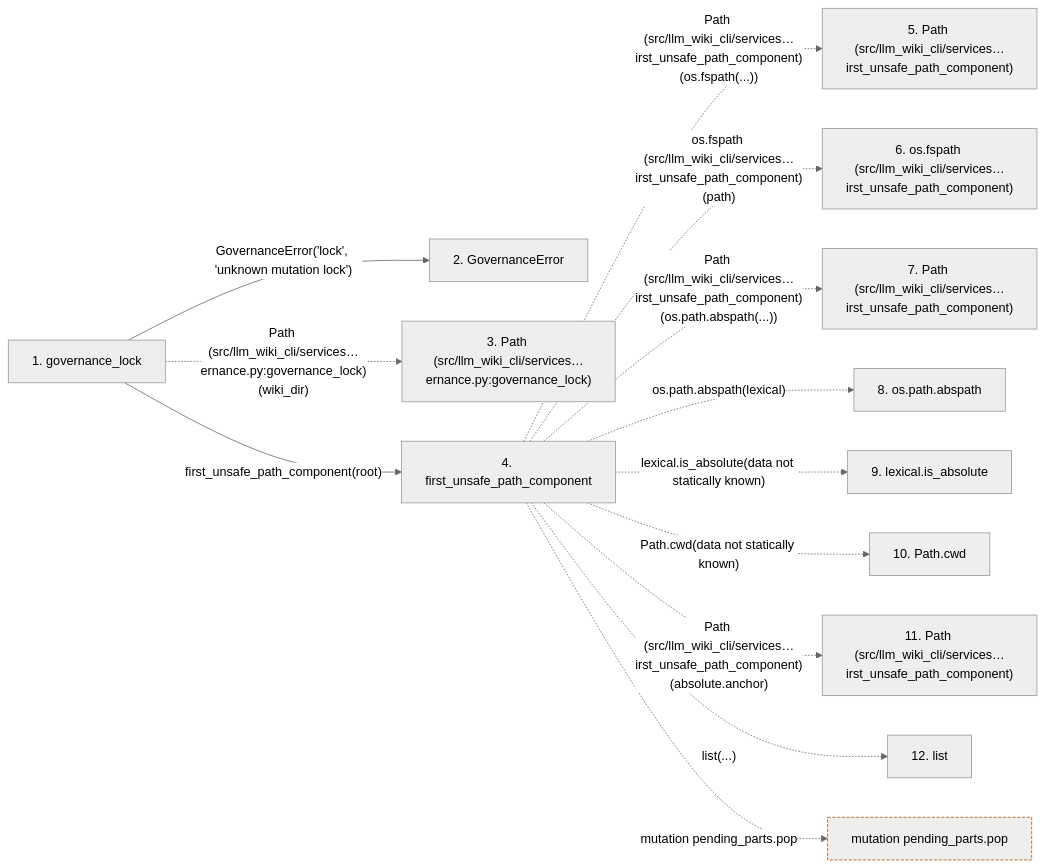
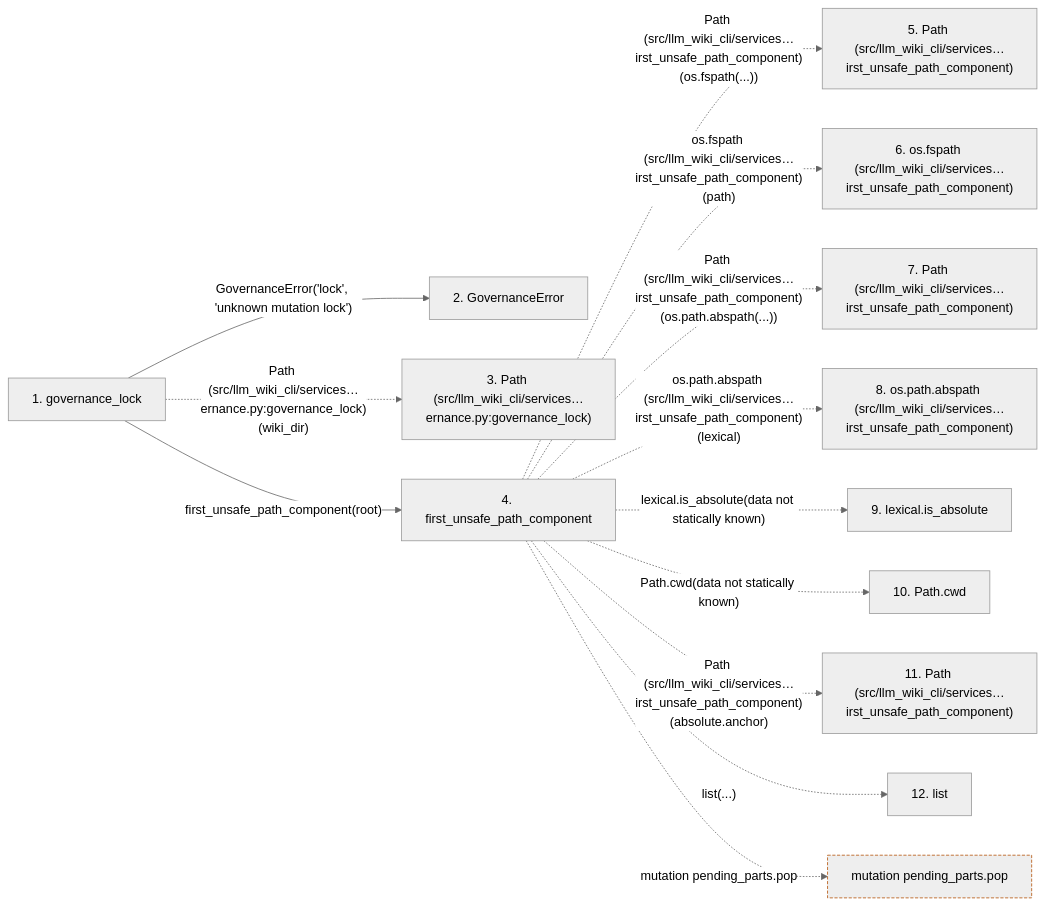
Before and after one commit to Denissvgn/python-wiki-llm: the second of 2 diagrams in docs/llm_wiki/flows/api-governance_lock.md, drawn with Mermaid (neutral theme). The commit also changed other lines of this file and 413 other files, not shown here.

````diff
--- a/docs/llm_wiki/flows/api-governance_lock.md
+++ b/docs/llm_wiki/flows/api-governance_lock.md
@@ -118,33 +118,33 @@
 ```mermaid
 flowchart LR
     s1["1. governance_lock"]
     s2["2. GovernanceError"]
     s3["3. Path (src/llm_wiki_cli/services…ernance.py:governance_lock)"]
     s4["4. first_unsafe_path_component"]
     s5["5. Path (src/llm_wiki_cli/services…irst_unsafe_path_component)"]
     s6["6. os.fspath (src/llm_wiki_cli/services…irst_unsafe_path_component)"]
     s7["7. Path (src/llm_wiki_cli/services…irst_unsafe_path_component)"]
-    s8["8. os.path.abspath"]
+    s8["8. os.path.abspath (src/llm_wiki_cli/services…irst_unsafe_path_component)"]
     s9["9. lexical.is_absolute"]
     s10["10. Path.cwd"]
     s11["11. Path (src/llm_wiki_cli/services…irst_unsafe_path_component)"]
     s12["12. list"]
     s1 -->|"GovernanceError('lock', 'unknown mutation lock')"| s2
     s1 -. "Path (src/llm_wiki_cli/services…ernance.py:governance_lock)(wiki_dir)" .-> s3
     s1 -->|"first_unsafe_path_component(root)"| s4
     s4 -. "Path (src/llm_wiki_cli/services…irst_unsafe_path_component)(os.fspath(...))" .-> s5
     s4 -. "os.fspath (src/llm_wiki_cli/services…irst_unsafe_path_component)(path)" .-> s6
     s4 -. "Path (src/llm_wiki_cli/services…irst_unsafe_path_component)(os.path.abspath(...))" .-> s7
-    s4 -. "os.path.abspath(lexical)" .-> s8
+    s4 -. "os.path.abspath (src/llm_wiki_cli/services…irst_unsafe_path_component)(lexical)" .-> s8
     s4 -. "lexical.is_absolute(data not statically known)" .-> s9
     s4 -. "Path.cwd(data not statically known)" .-> s10
     s4 -. "Path (src/llm_wiki_cli/services…irst_unsafe_path_component)(absolute.anchor)" .-> s11
     s4 -. "list(...)" .-> s12
     b0["mutation pending_parts.pop"]
     s4 -. "mutation pending_parts.pop" .-> b0
     click s1 "../modules/knowledge_governance.md"
     click s2 "../modules/knowledge_governance.md"
     click s4 "../modules/io.md"
     classDef boundary stroke:#b45309,stroke-dasharray: 4 2
     class b0 boundary
 ```
````
